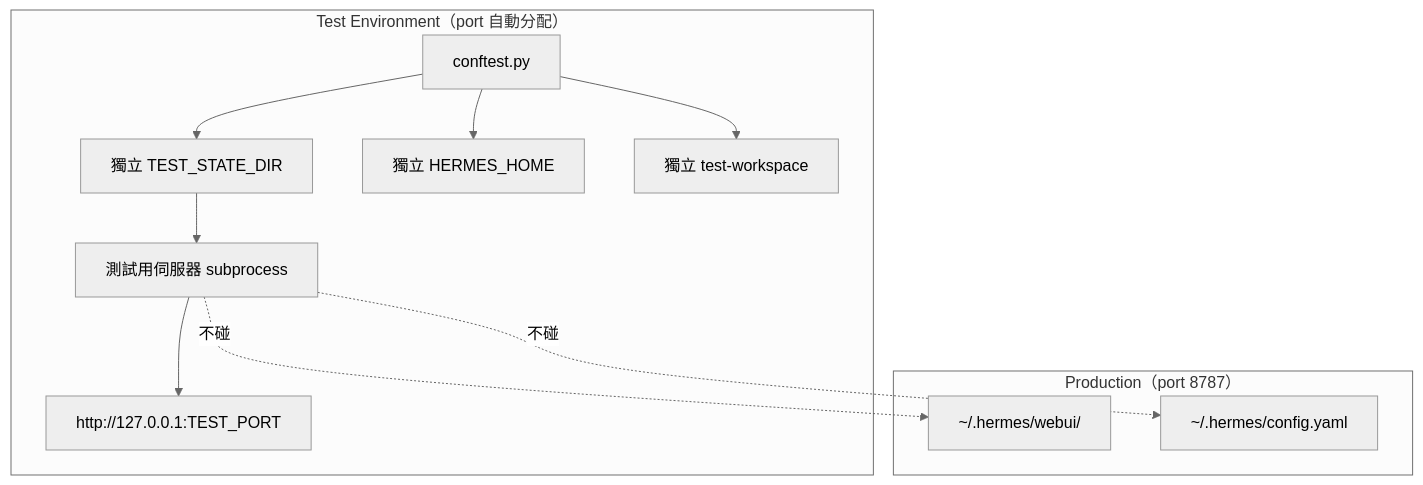
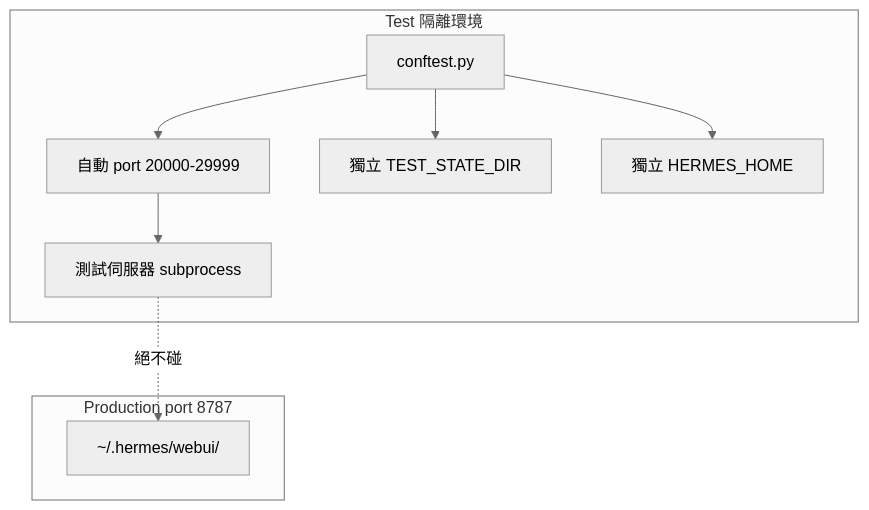
Before and after one commit to pichiu/hermes-webui: the second of 2 diagrams in .trace/DEV_GUIDE.md, drawn with Mermaid (neutral theme). The commit also changed other lines of this file and 2 other files, not shown here.

````diff
--- a/.trace/DEV_GUIDE.md
+++ b/.trace/DEV_GUIDE.md
@@ -176,19 +114,13 @@
 ```mermaid
 graph TB
-    subgraph "Production（port 8787）"
-        P1[~/.hermes/webui/]
-        P2[~/.hermes/config.yaml]
+    subgraph "Production port 8787"
+        P[~/.hermes/webui/]
     end
-
-    subgraph "Test Environment（port 自動分配）"
-        T1[conftest.py]
-        T1 --> T2[獨立 TEST_STATE_DIR]
-        T1 --> T3[獨立 HERMES_HOME]
-        T1 --> T4[獨立 test-workspace]
-        T2 --> T5[測試用伺服器 subprocess]
-        T5 --> T6[http://127.0.0.1:TEST_PORT]
+    subgraph "Test 隔離環境"
+        C[conftest.py] --> T_PORT[自動 port 20000-29999]
+        C --> T_STATE[獨立 TEST_STATE_DIR]
+        C --> T_HOME[獨立 HERMES_HOME]
+        T_PORT --> SRV[測試伺服器 subprocess]
     end
-
-    T5 -.不碰.-> P1
-    T5 -.不碰.-> P2
+    SRV -.絕不碰.-> P
 ```
````
